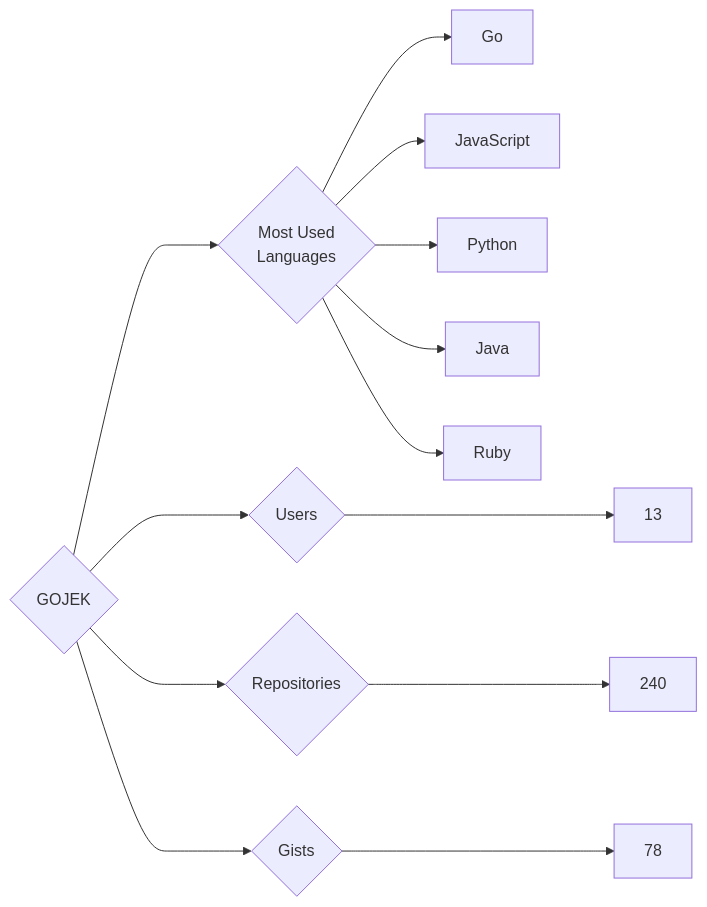
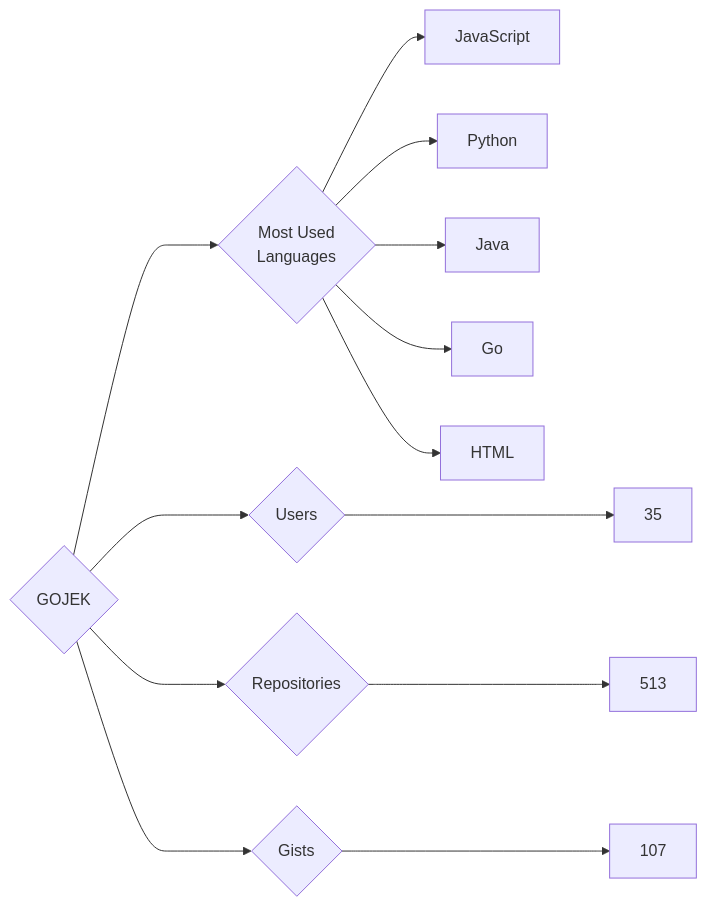
Before and after one commit to trickest/insiders: the diagram in targets/GOJEK/README.md, drawn with Mermaid. The commit also changed 870 other files, not shown here.

````diff
--- a/targets/GOJEK/README.md
+++ b/targets/GOJEK/README.md
@@ -3,13 +3,13 @@
 ```mermaid
 graph LR
 COMPANY_NAME{GOJEK}
-COMPANY_NAME ---> U{Users} ---> UN[13]
-COMPANY_NAME ---> R{Repositories} ---> RN[240]
-COMPANY_NAME ---> G{Gists} ---> GN[78]
+COMPANY_NAME ---> U{Users} ---> UN[35]
+COMPANY_NAME ---> R{Repositories} ---> RN[513]
+COMPANY_NAME ---> G{Gists} ---> GN[107]
 COMPANY_NAME ---> ML{Most Used<br>Languages}
-ML --> Go[Go]
 ML --> JavaScript[JavaScript]
 ML --> Python[Python]
 ML --> Java[Java]
-ML --> Ruby[Ruby]
+ML --> Go[Go]
+ML --> HTML[HTML]
 ```
````
